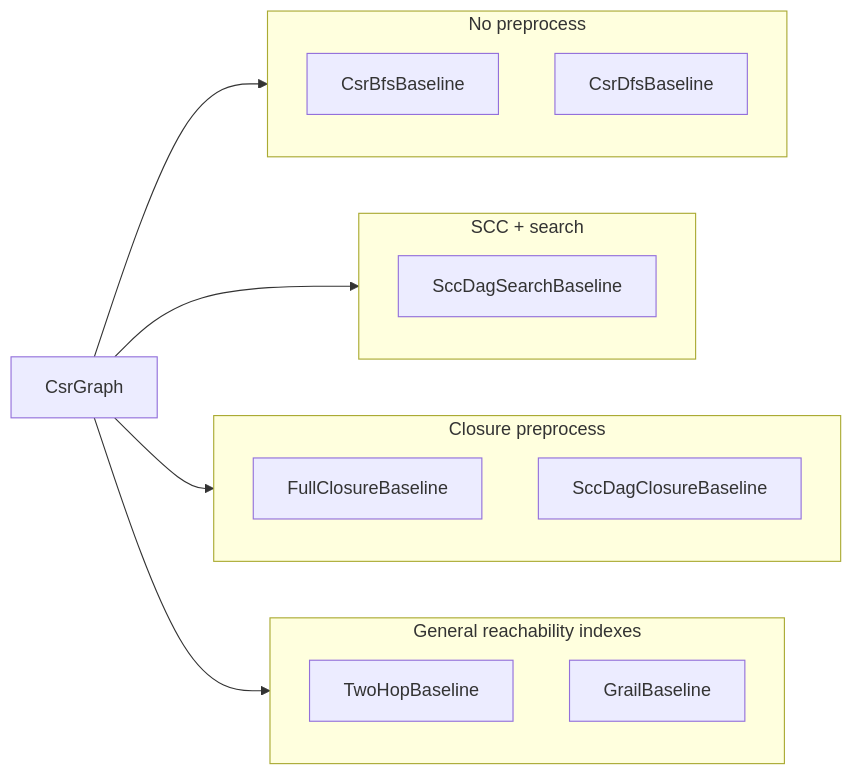
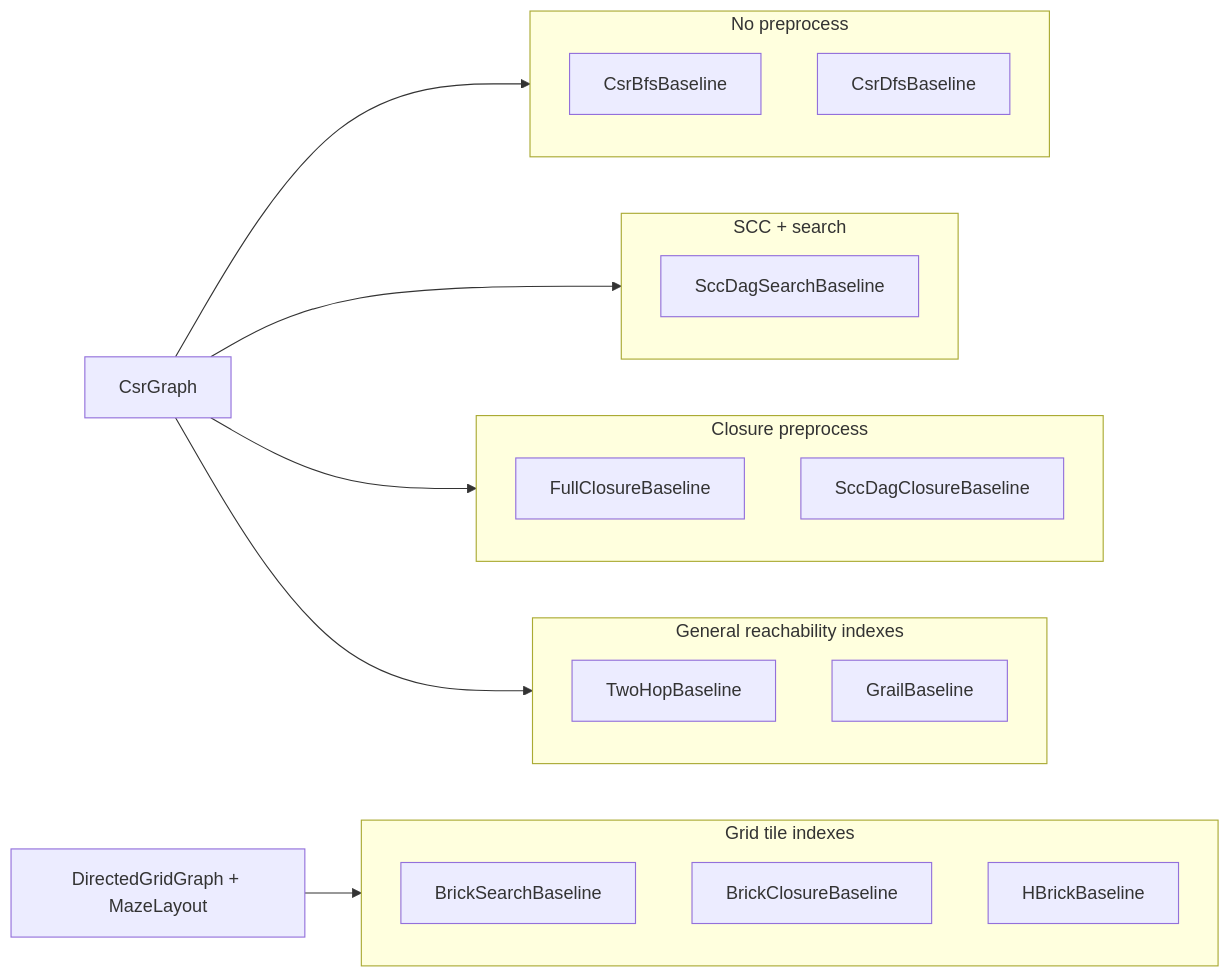
The second of 2 diagrams in docs/atlas.md (ozaslan/hbrick), drawn with Mermaid before and after one commit. The commit also changed other lines of this file and 11 other files, not shown here.

````diff
--- a/docs/atlas.md
+++ b/docs/atlas.md
@@ -137,23 +143,29 @@
 ```mermaid
 flowchart LR
     subgraph noPreprocess [No preprocess]
         BfsBL[CsrBfsBaseline]
         DfsBL[CsrDfsBaseline]
     end
     subgraph sccSearch [SCC + search]
         SccSearchBL[SccDagSearchBaseline]
     end
     subgraph closure [Closure preprocess]
         FullBL[FullClosureBaseline]
         SccCloseBL[SccDagClosureBaseline]
     end
     subgraph indexPreprocess [General reachability indexes]
         TwoHopBL[TwoHopBaseline]
         GrailBL[GrailBaseline]
     end
+    subgraph brickPreprocess [Grid tile indexes]
+        BrickSearchBL[BrickSearchBaseline]
+        BrickCloseBL[BrickClosureBaseline]
+        HBrickBL[HBrickBaseline]
+    end
 
     CsrGraph --> noPreprocess
     CsrGraph --> sccSearch
     CsrGraph --> closure
     CsrGraph --> indexPreprocess
+    DirectedGridGraph[DirectedGridGraph + MazeLayout] --> brickPreprocess
 ```
````
